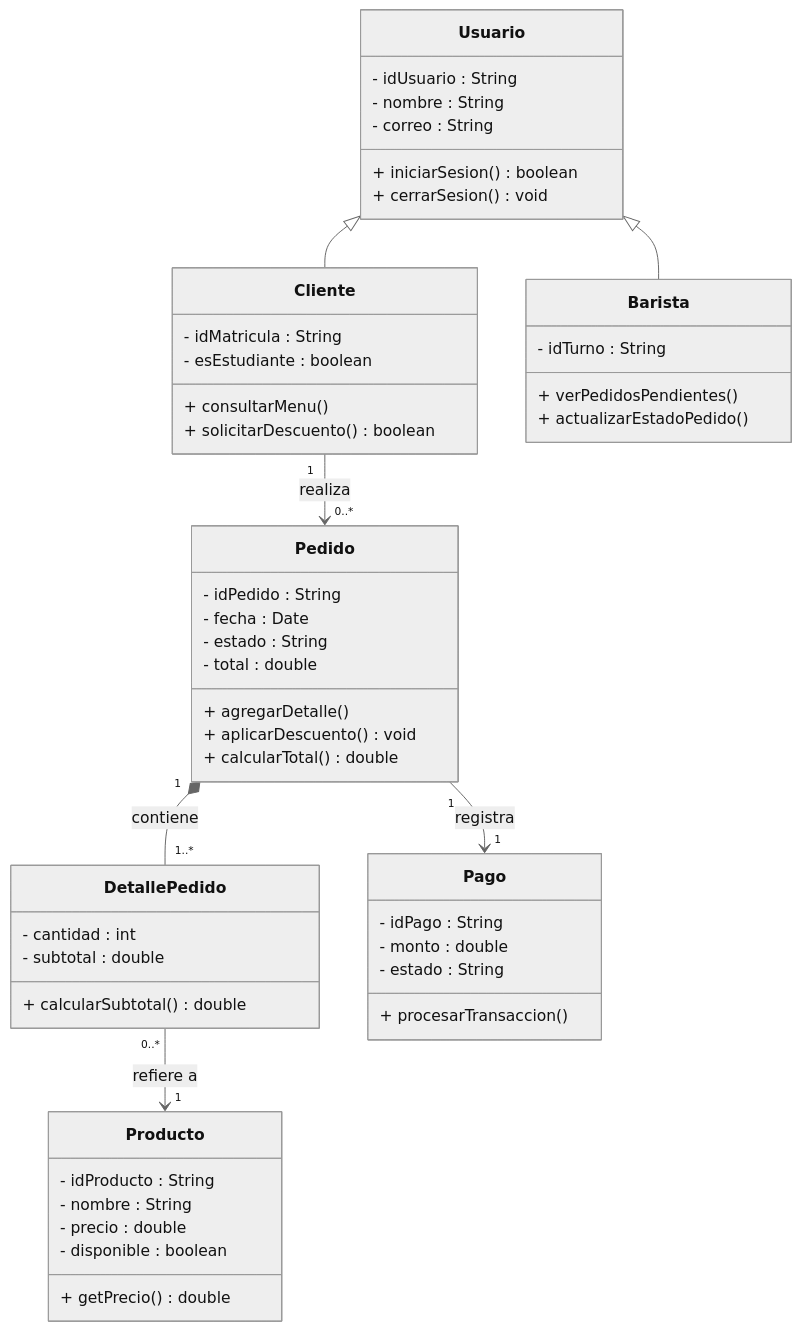
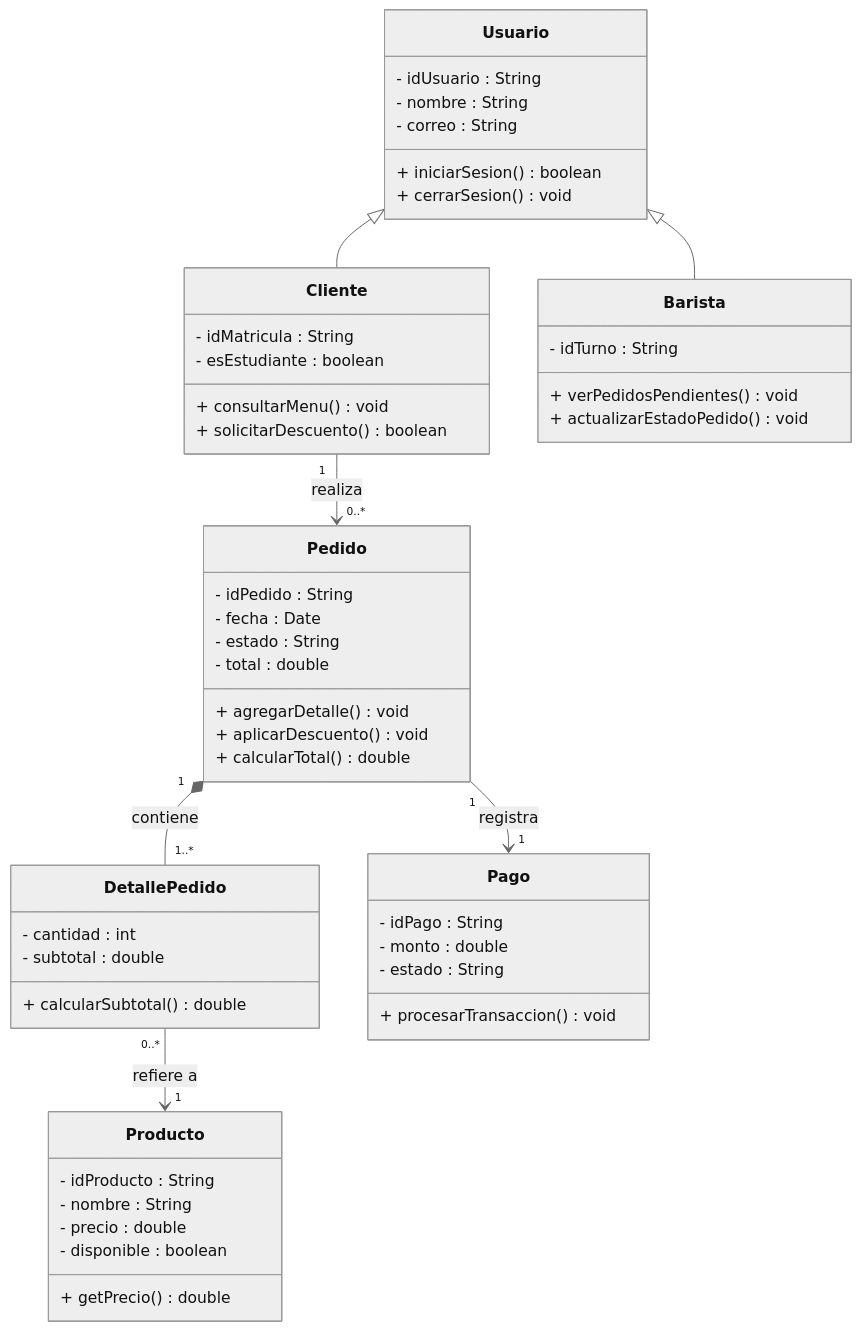
Before and after one commit to Asshess/ActividadFormativaUML: the second of 12 diagrams in README.md, drawn with Mermaid (neutral theme). The commit also changed other lines of this file and 42 other files, not shown here.

````diff
--- a/README.md
+++ b/README.md
@@ -91,62 +104,62 @@
 ```mermaid
 classDiagram
     class Usuario {
         - idUsuario : String
         - nombre : String
         - correo : String
         + iniciarSesion() boolean
         + cerrarSesion() void
     }
 
     class Cliente {
         - idMatricula : String
         - esEstudiante : boolean
-        + consultarMenu()
+        + consultarMenu() void
         + solicitarDescuento() boolean
     }
 
     class Barista {
         - idTurno : String
-        + verPedidosPendientes()
-        + actualizarEstadoPedido()
+        + verPedidosPendientes() void
+        + actualizarEstadoPedido() void
     }
 
     class Producto {
         - idProducto : String
         - nombre : String
         - precio : double
         - disponible : boolean
         + getPrecio() double
     }
 
     class Pedido {
         - idPedido : String
         - fecha : Date
         - estado : String
         - total : double
-        + agregarDetalle()
+        + agregarDetalle() void
         + aplicarDescuento() void
         + calcularTotal() double
     }
 
     class DetallePedido {
         - cantidad : int
         - subtotal : double
         + calcularSubtotal() double
     }
 
     class Pago {
         - idPago : String
         - monto : double
         - estado : String
-        + procesarTransaccion()
+        + procesarTransaccion() void
     }
 
     Usuario <|-- Cliente
     Usuario <|-- Barista
 
     Cliente "1" --> "0..*" Pedido : realiza
     Pedido "1" *-- "1..*" DetallePedido : contiene
     DetallePedido "0..*" --> "1" Producto : refiere a
     Pedido "1" --> "1" Pago : registra
 ```
````
